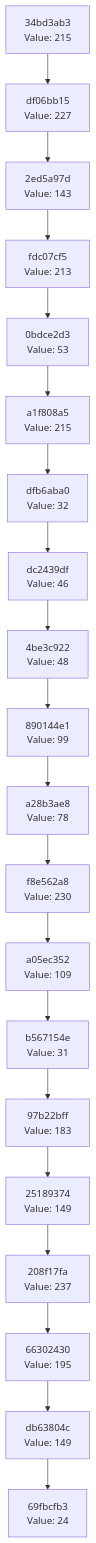
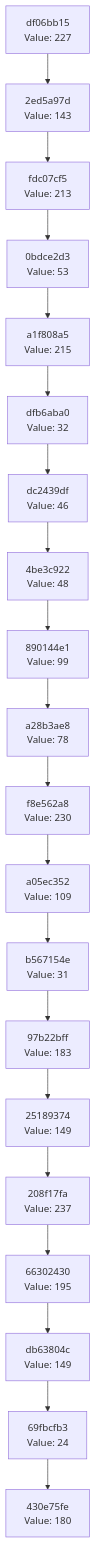
One commit to Abhisheksinha1506/hash-chain-evolver changed the diagram in docs/CHAIN_VISUALIZATION.md. Above: the diagram before and after it, drawn with Mermaid. The commit also changed 3 other files, not shown here.

````diff
--- a/docs/CHAIN_VISUALIZATION.md
+++ b/docs/CHAIN_VISUALIZATION.md
@@ -3,42 +3,42 @@
 ```mermaid
 graph TD
-    C0["69fbcfb3<br/>Value: 24"]
-    C1["db63804c<br/>Value: 149"]
+    C0["430e75fe<br/>Value: 180"]
+    C1["69fbcfb3<br/>Value: 24"]
     C1 --> C0
-    C2["66302430<br/>Value: 195"]
+    C2["db63804c<br/>Value: 149"]
     C2 --> C1
-    C3["208f17fa<br/>Value: 237"]
+    C3["66302430<br/>Value: 195"]
     C3 --> C2
-    C4["25189374<br/>Value: 149"]
+    C4["208f17fa<br/>Value: 237"]
     C4 --> C3
-    C5["97b22bff<br/>Value: 183"]
+    C5["25189374<br/>Value: 149"]
     C5 --> C4
-    C6["b567154e<br/>Value: 31"]
+    C6["97b22bff<br/>Value: 183"]
     C6 --> C5
-    C7["a05ec352<br/>Value: 109"]
+    C7["b567154e<br/>Value: 31"]
     C7 --> C6
-    C8["f8e562a8<br/>Value: 230"]
+    C8["a05ec352<br/>Value: 109"]
     C8 --> C7
-    C9["a28b3ae8<br/>Value: 78"]
+    C9["f8e562a8<br/>Value: 230"]
     C9 --> C8
-    C10["890144e1<br/>Value: 99"]
+    C10["a28b3ae8<br/>Value: 78"]
     C10 --> C9
-    C11["4be3c922<br/>Value: 48"]
+    C11["890144e1<br/>Value: 99"]
     C11 --> C10
-    C12["dc2439df<br/>Value: 46"]
+    C12["4be3c922<br/>Value: 48"]
     C12 --> C11
-    C13["dfb6aba0<br/>Value: 32"]
+    C13["dc2439df<br/>Value: 46"]
     C13 --> C12
-    C14["a1f808a5<br/>Value: 215"]
+    C14["dfb6aba0<br/>Value: 32"]
     C14 --> C13
-    C15["0bdce2d3<br/>Value: 53"]
+    C15["a1f808a5<br/>Value: 215"]
     C15 --> C14
-    C16["fdc07cf5<br/>Value: 213"]
+    C16["0bdce2d3<br/>Value: 53"]
     C16 --> C15
-    C17["2ed5a97d<br/>Value: 143"]
+    C17["fdc07cf5<br/>Value: 213"]
     C17 --> C16
-    C18["df06bb15<br/>Value: 227"]
+    C18["2ed5a97d<br/>Value: 143"]
     C18 --> C17
-    C19["34bd3ab3<br/>Value: 215"]
+    C19["df06bb15<br/>Value: 227"]
     C19 --> C18
 ```
````
